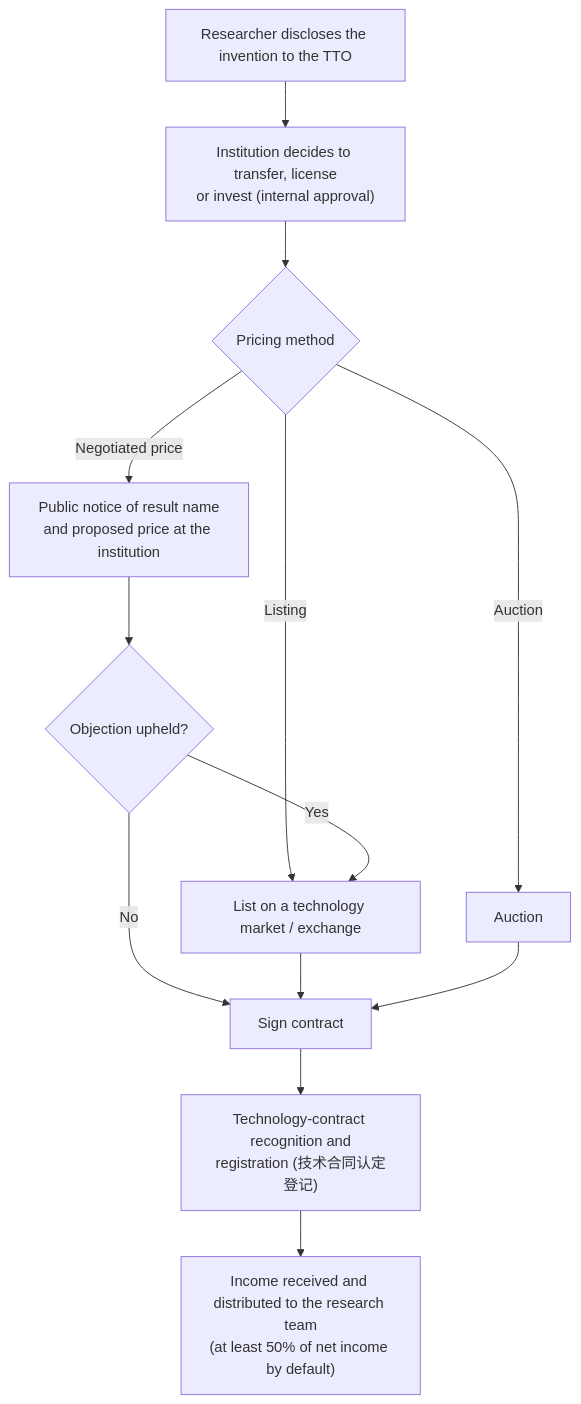
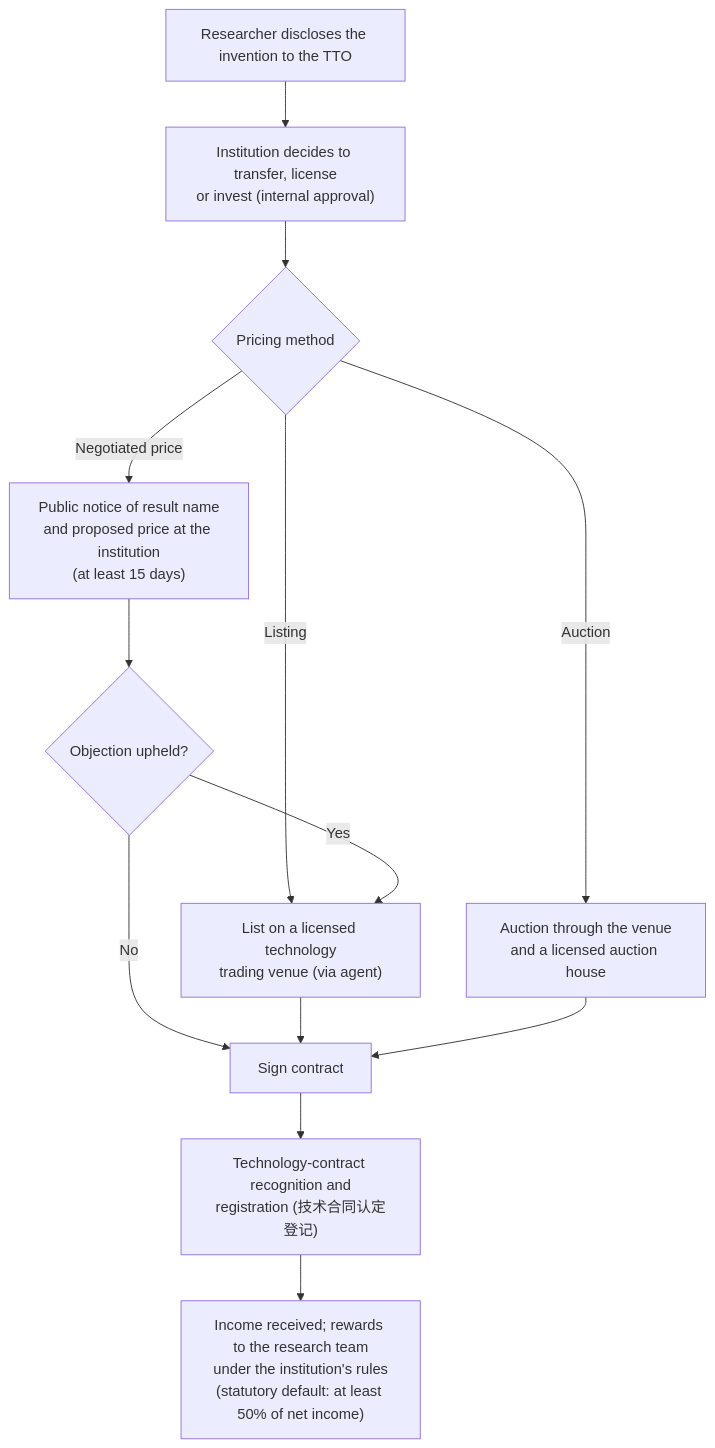
One commit to greensoft-atom/tex-platform changed the fourth of 9 diagrams in 08-china-operating-model.md. Above: the diagram before and after it, drawn with Mermaid. The commit also changed other lines of this file and 615 other files, not shown here.

````diff
--- a/08-china-operating-model.md
+++ b/08-china-operating-model.md
@@ -323,15 +369,15 @@
 ```mermaid
 flowchart TD
     A["Researcher discloses the invention to the TTO"] --> B["Institution decides to transfer, license<br/>or invest (internal approval)"]
     B --> C{"Pricing method"}
-    C -->|"Negotiated price"| D["Public notice of result name<br/>and proposed price at the institution"]
-    C -->|"Listing"| E["List on a technology market / exchange"]
-    C -->|"Auction"| F["Auction"]
+    C -->|"Negotiated price"| D["Public notice of result name<br/>and proposed price at the institution<br/>(at least 15 days)"]
+    C -->|"Listing"| E["List on a licensed technology<br/>trading venue (via agent)"]
+    C -->|"Auction"| F["Auction through the venue<br/>and a licensed auction house"]
     D --> G{"Objection upheld?"}
     G -->|"Yes"| E
     G -->|"No"| H["Sign contract"]
     E --> H
     F --> H
     H --> I["Technology-contract recognition and<br/>registration (技术合同认定登记)"]
-    I --> J["Income received and distributed to the research team<br/>(at least 50% of net income by default)"]
+    I --> J["Income received; rewards to the research team<br/>under the institution's rules<br/>(statutory default: at least 50% of net income)"]
 ```
````
